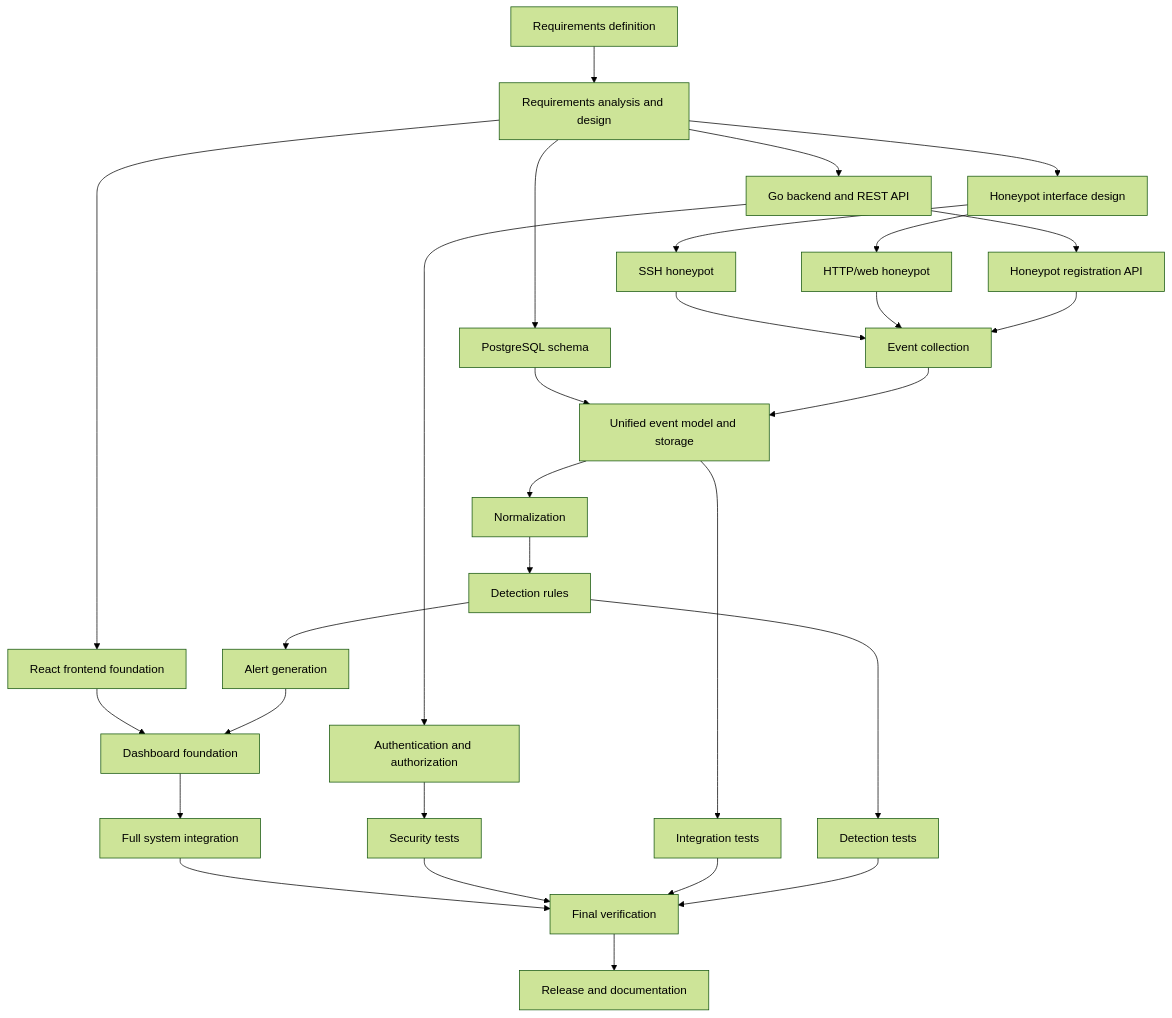
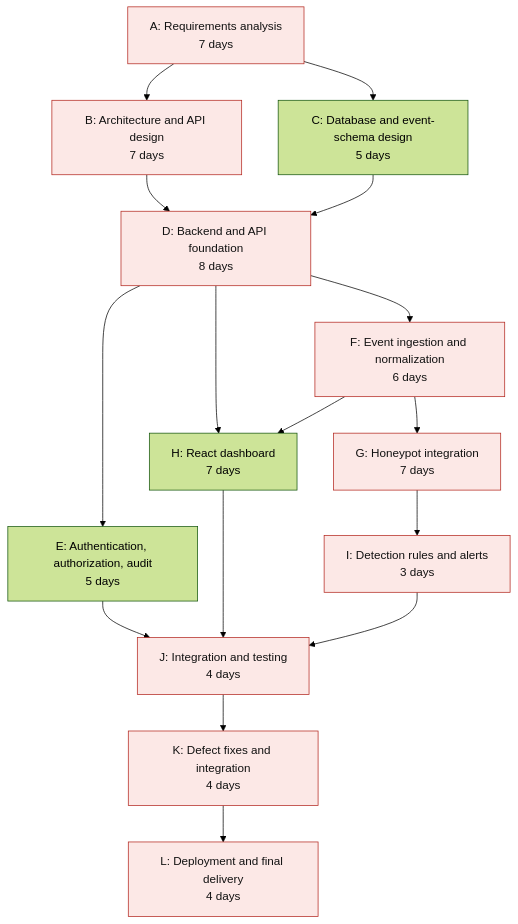
One commit to El-Dorado26/hive-honeypot-network changed the diagram in docs/planning/pert-dependencies.md. Above: the diagram before and after it, drawn with Mermaid (forest theme). The commit also changed other lines of this file, not shown here.

First line of the commit message:
Enhance PERT document with detailed project analysis

````diff
--- a/docs/planning/pert-dependencies.md
+++ b/docs/planning/pert-dependencies.md
@@ -5,31 +30,34 @@
 ```mermaid
 flowchart TD
-    A[Requirements definition] --> B[Requirements analysis and design]
-    B --> C[Go backend and REST API]
-    B --> D[PostgreSQL schema]
-    B --> E[React frontend foundation]
-    B --> F[Honeypot interface design]
-    C --> G[Authentication and authorization]
-    C --> H[Honeypot registration API]
-    F --> I[SSH honeypot]
-    F --> J[HTTP/web honeypot]
-    I --> K[Event collection]
+    A["A: Requirements analysis<br/>7 days"]
+    B["B: Architecture and API design<br/>7 days"]
+    C["C: Database and event-schema design<br/>5 days"]
+    D["D: Backend and API foundation<br/>8 days"]
+    E["E: Authentication, authorization, audit<br/>5 days"]
+    F["F: Event ingestion and normalization<br/>6 days"]
+    G["G: Honeypot integration<br/>7 days"]
+    H["H: React dashboard<br/>7 days"]
+    I["I: Detection rules and alerts<br/>3 days"]
+    J["J: Integration and testing<br/>4 days"]
+    K["K: Defect fixes and integration<br/>4 days"]
+    L["L: Deployment and final delivery<br/>4 days"]
+
+    A --> B
+    A --> C
+    B --> D
+    C --> D
+    D --> E
+    D --> F
+    F --> G
+    D --> H
+    F --> H
+    G --> I
+    E --> J
+    H --> J
+    I --> J
     J --> K
-    H --> K
-    D --> L[Unified event model and storage]
     K --> L
-    L --> M[Normalization]
-    M --> N[Detection rules]
-    N --> O[Alert generation]
-    E --> P[Dashboard foundation]
-    O --> P
-    P --> Q[Full system integration]
-    G --> R[Security tests]
-    L --> S[Integration tests]
-    N --> T[Detection tests]
-    Q --> U[Final verification]
-    R --> U
-    S --> U
-    T --> U
-    U --> V[Release and documentation]
+
+    classDef critical fill:#fce8e6,stroke:#b3261e,color:#111;
+    class A,B,D,F,G,I,J,K,L critical;
 ```
````
